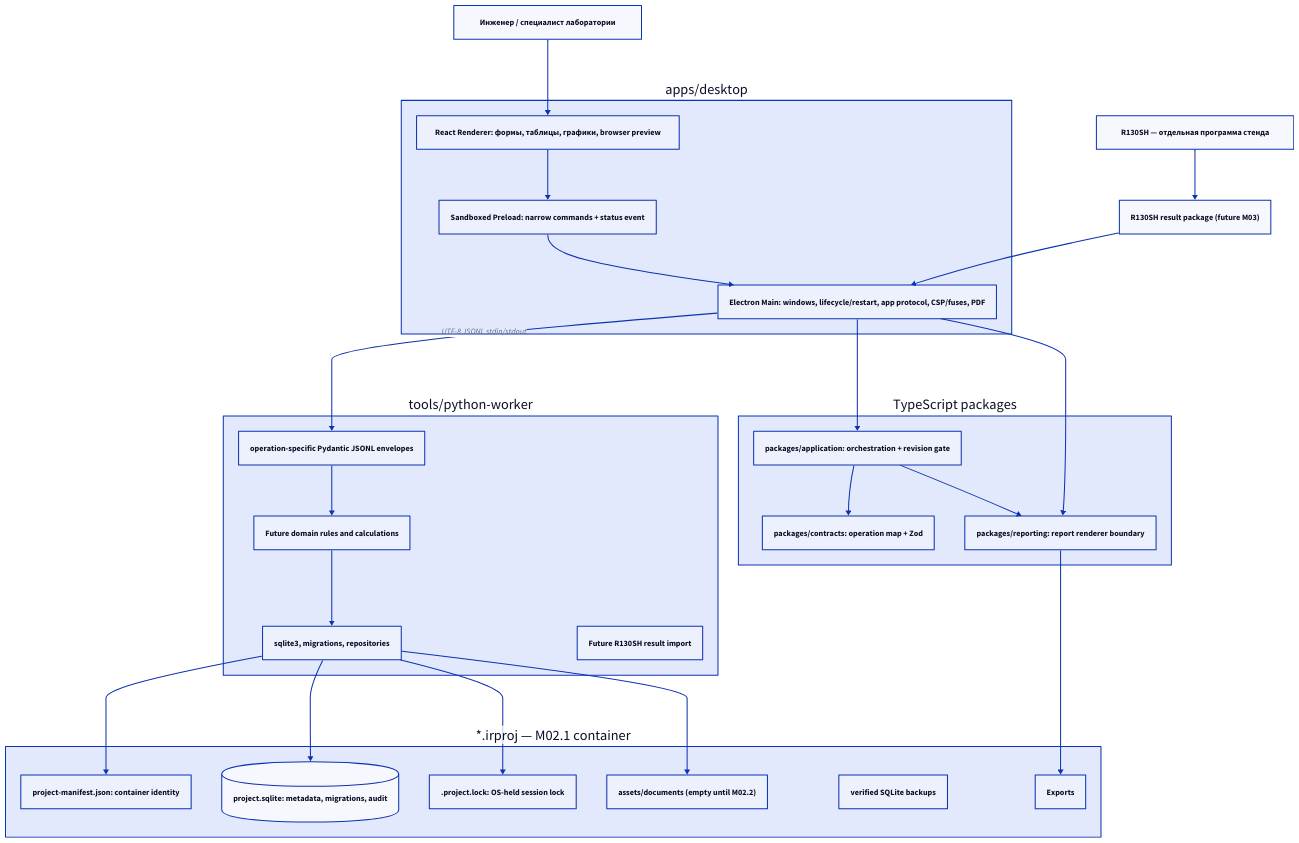
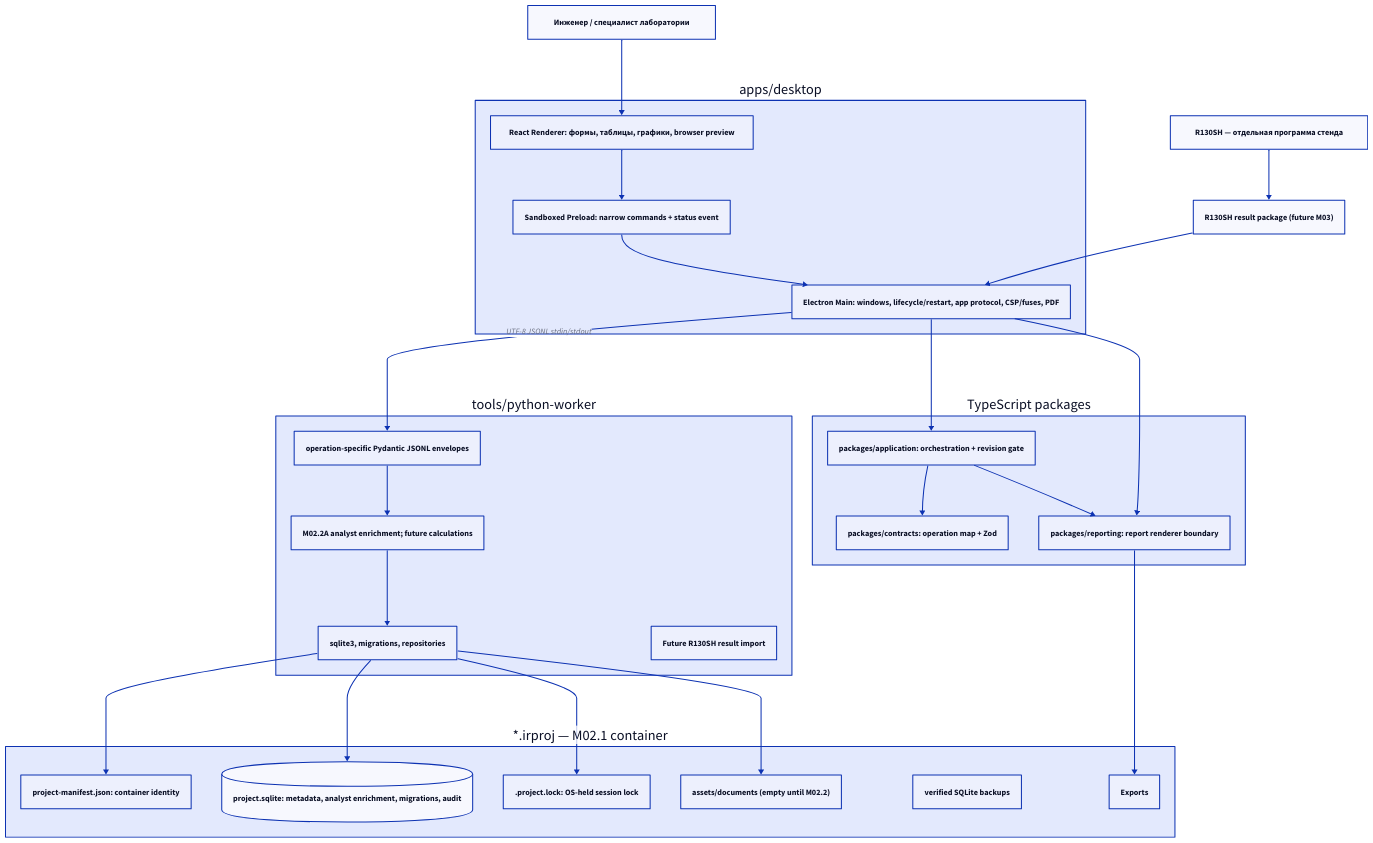
Before and after one commit to vitalcc55/impeller-reliability: the diagram in docs/architecture/system-context-module-map.md, drawn with D2. The commit also changed other lines of this file and 21 other files, not shown here.

````diff
--- a/docs/architecture/system-context-module-map.md
+++ b/docs/architecture/system-context-module-map.md
@@ -5,53 +5,53 @@
 ```d2
 direction: down
 
 Engineer: "Инженер / специалист лаборатории"
 R130SH: "R130SH — отдельная программа стенда"
 RunPackage: "R130SH result package (future M03)"
 
 Desktop: "apps/desktop" {
   Renderer: "React Renderer: формы, таблицы, графики, browser preview"
   Preload: "Sandboxed Preload: narrow commands + status event"
   Main: "Electron Main: windows, lifecycle/restart, app protocol, CSP/fuses, PDF"
 }
 
 TypeScript: "TypeScript packages" {
   Contracts: "packages/contracts: operation map + Zod"
   Application: "packages/application: orchestration + revision gate"
   Reporting: "packages/reporting: report renderer boundary"
 }
 
 Worker: "tools/python-worker" {
   Protocol: "operation-specific Pydantic JSONL envelopes"
-  Domain: "Future domain rules and calculations"
+  Domain: "M02.2A analyst enrichment; future calculations"
   Persistence: "sqlite3, migrations, repositories"
   Integration: "Future R130SH result import"
 }
 
 Project: "*.irproj — M02.1 container" {
   Manifest: "project-manifest.json: container identity"
-  Database: "project.sqlite: metadata, migrations, audit" { shape: cylinder }
+  Database: "project.sqlite: metadata, analyst enrichment, migrations, audit" { shape: cylinder }
   Lock: ".project.lock: OS-held session lock"
   Assets: "assets/documents (empty until M02.2)"
   Backups: "verified SQLite backups"
 }
 
 Engineer -> Desktop.Renderer
 Desktop.Renderer -> Desktop.Preload
 Desktop.Preload -> Desktop.Main
 Desktop.Main -> TypeScript.Application
 TypeScript.Application -> TypeScript.Contracts
 Desktop.Main -> Worker.Protocol: "UTF-8 JSONL stdin/stdout"
 Worker.Protocol -> Worker.Domain
 Worker.Domain -> Worker.Persistence
 Worker.Persistence -> Project.Database
 Worker.Persistence -> Project.Manifest
 Worker.Persistence -> Project.Lock
 Worker.Persistence -> Project.Assets
 TypeScript.Application -> TypeScript.Reporting
 Desktop.Main -> TypeScript.Reporting
 TypeScript.Reporting -> Project.Exports
 
 R130SH -> RunPackage
 RunPackage -> Desktop.Main
 ```
````
